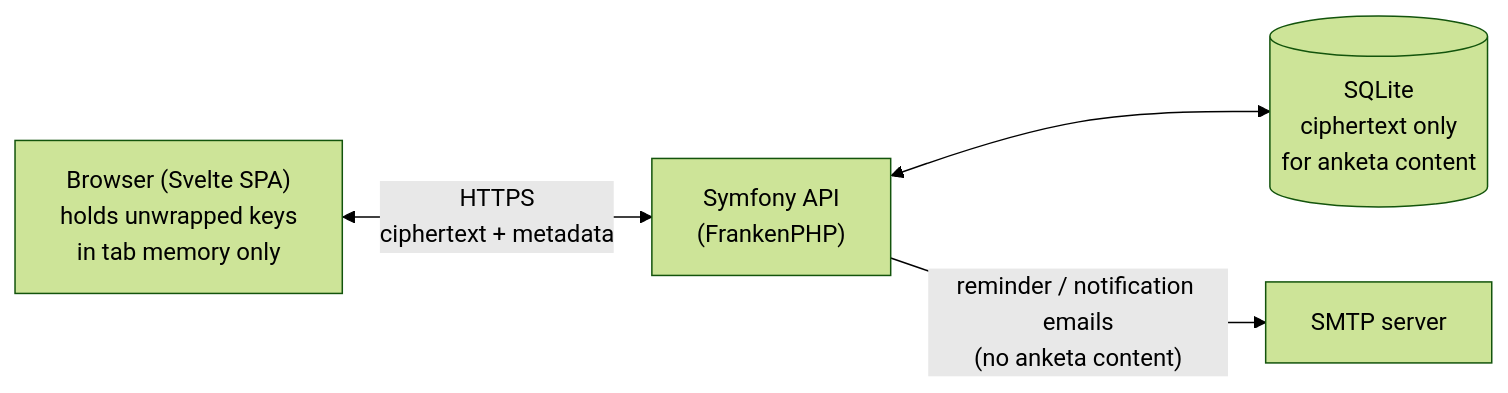
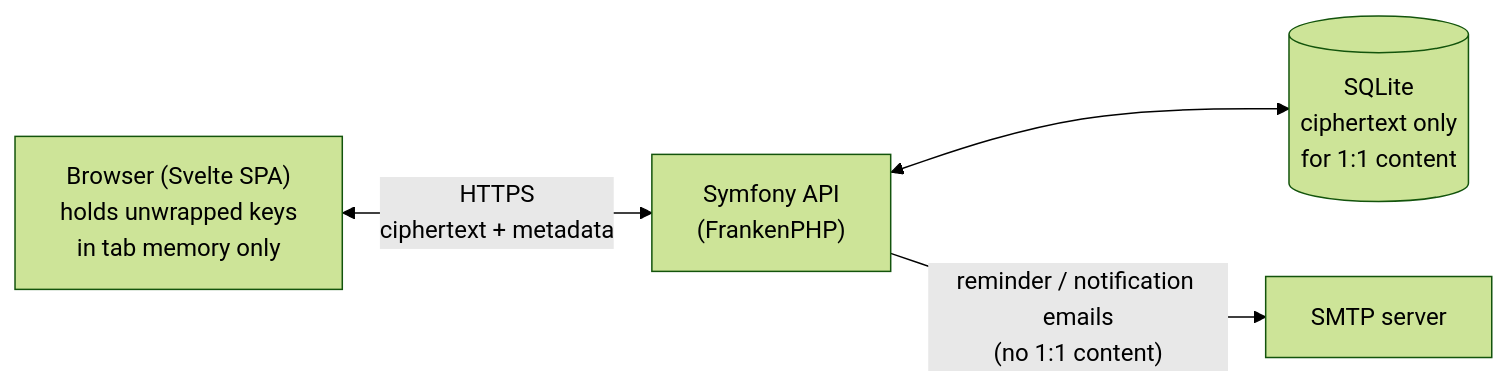
The diagram in docs/architecture.md (aleksejs1/encrypted1on1), drawn with Mermaid (forest theme) before and after one commit. The commit also changed other lines of this file and 26 other files, not shown here.

````diff
--- a/docs/architecture.md
+++ b/docs/architecture.md
@@ -22,11 +22,11 @@
 ```mermaid
 flowchart LR
     Browser["Browser (Svelte SPA)\nholds unwrapped keys\nin tab memory only"]
     API["Symfony API\n(FrankenPHP)"]
-    DB[("SQLite\nciphertext only\nfor anketa content")]
+    DB[("SQLite\nciphertext only\nfor 1:1 content")]
     Mail["SMTP server"]
 
     Browser <-->|"HTTPS\nciphertext + metadata"| API
     API <--> DB
-    API -->|"reminder / notification emails\n(no anketa content)"| Mail
+    API -->|"reminder / notification emails\n(no 1:1 content)"| Mail
 ```
````
